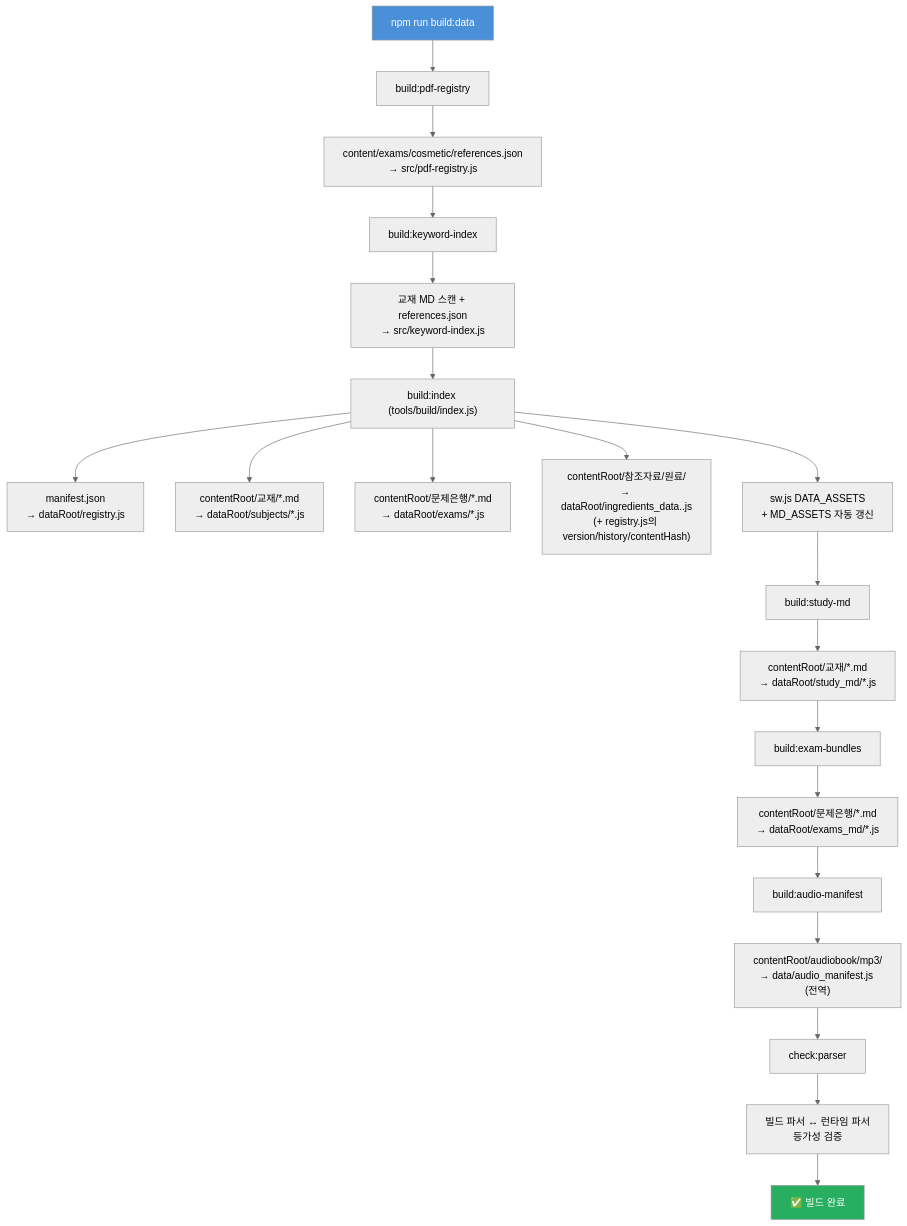
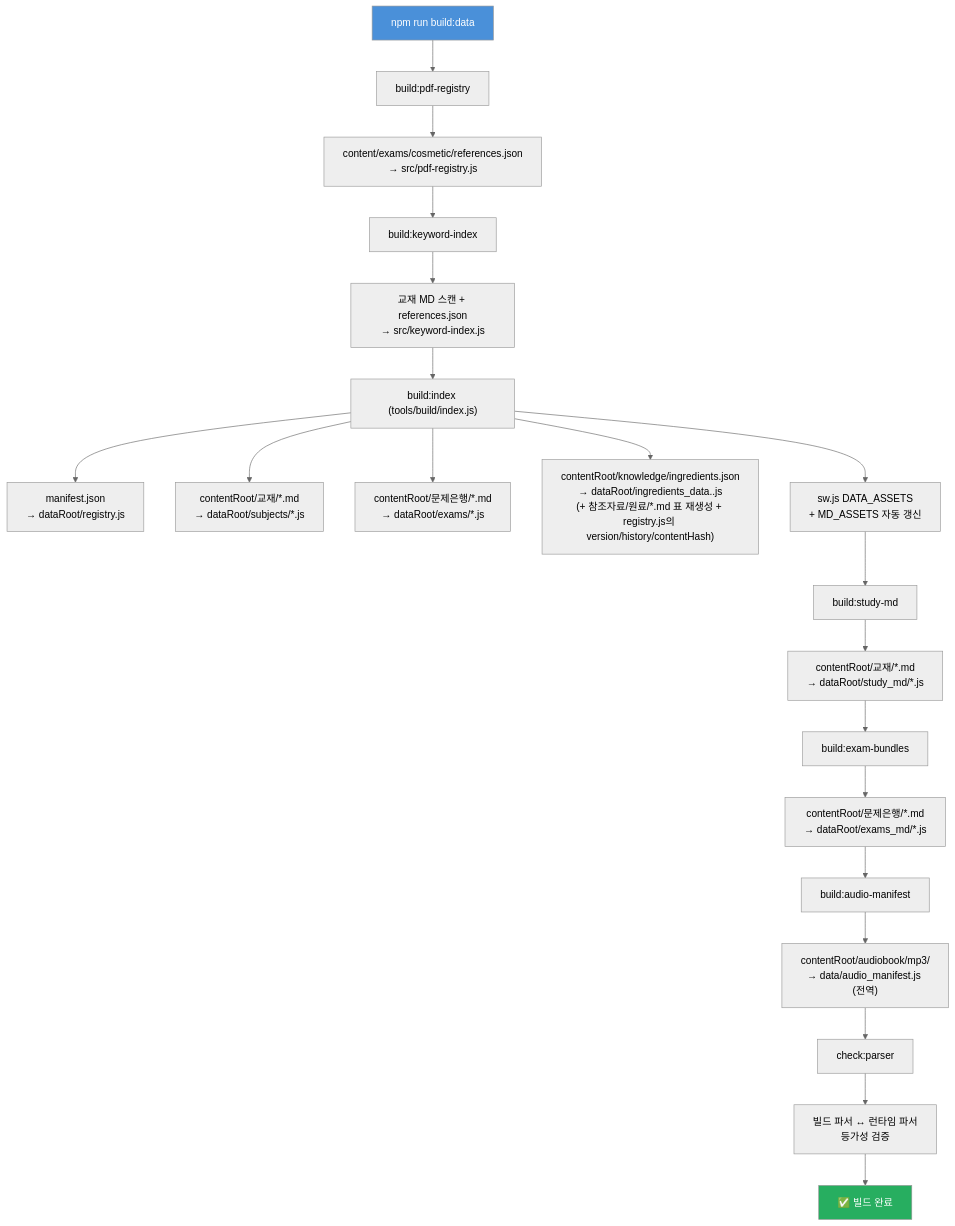
The second of 5 diagrams in docs/dev/runbooks/CONTENT_WORKFLOW.md (skygoldlee-cyber/Personalized_Skincare), drawn with Mermaid (neutral theme) before and after one commit. The commit also changed other lines of this file and 35 other files, not shown here.

First line of the commit message:
cosmetic ingredients를 knowledge/ingredients.json SSOT로 이관

````diff
--- a/docs/dev/runbooks/CONTENT_WORKFLOW.md
+++ b/docs/dev/runbooks/CONTENT_WORKFLOW.md
@@ -122,25 +122,25 @@
 ```mermaid
 flowchart TD
     A["npm run build:data"] --> B["build:pdf-registry"]
     B --> B1["content/exams/cosmetic/references.json<br/>→ src/pdf-registry.js"]
     B1 --> C["build:keyword-index"]
     C --> C1["교재 MD 스캔 + references.json<br/>→ src/keyword-index.js"]
     C1 --> D["build:index (tools/build/index.js)"]
     D --> D1["manifest.json<br/>→ dataRoot/registry.js"]
     D --> D2["contentRoot/교재/*.md<br/>→ dataRoot/subjects/*.js"]
     D --> D3["contentRoot/문제은행/*.md<br/>→ dataRoot/exams/*.js"]
-    D --> D4["contentRoot/참조자료/원료/<br/>→ dataRoot/ingredients_data.<hash>.js<br/>(+ registry.js의 version/history/contentHash)"]
+    D --> D4["contentRoot/knowledge/ingredients.json<br/>→ dataRoot/ingredients_data.<hash>.js<br/>(+ 참조자료/원료/*.md 표 재생성 + registry.js의 version/history/contentHash)"]
     D --> D5["sw.js DATA_ASSETS<br/>+ MD_ASSETS 자동 갱신"]
     D5 --> E["build:study-md"]
     E --> E1["contentRoot/교재/*.md<br/>→ dataRoot/study_md/*.js"]
     E1 --> F["build:exam-bundles"]
     F --> F1["contentRoot/문제은행/*.md<br/>→ dataRoot/exams_md/*.js"]
     F1 --> G["build:audio-manifest"]
     G --> G1["contentRoot/audiobook/mp3/<br/>→ data/audio_manifest.js (전역)"]
     G1 --> H["check:parser"]
     H --> H1["빌드 파서 ↔ 런타임 파서<br/>등가성 검증"]
     H1 --> I["✅ 빌드 완료"]
 
     style A fill:#4a90d9,color:#fff
     style I fill:#27ae60,color:#fff
 ```
````
